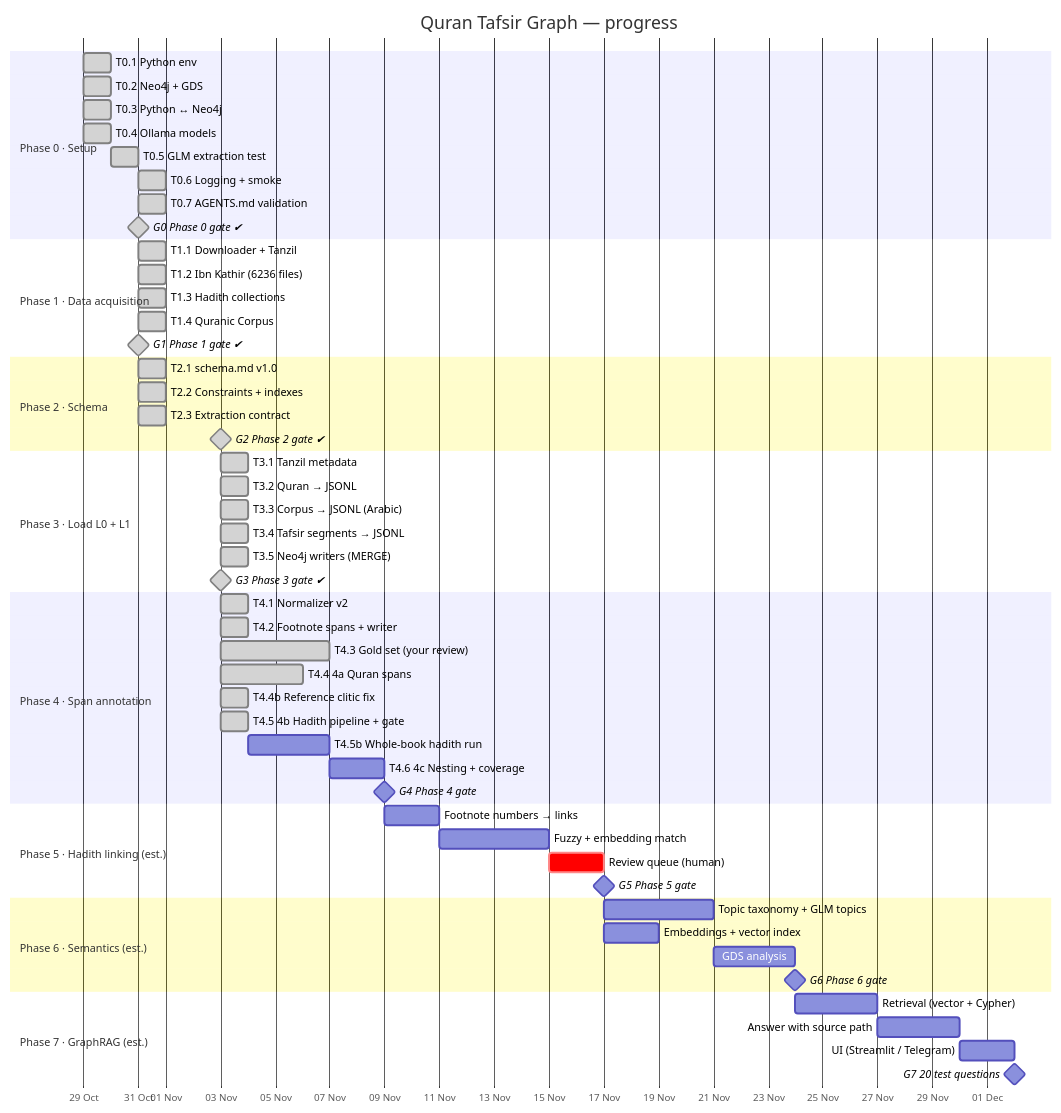
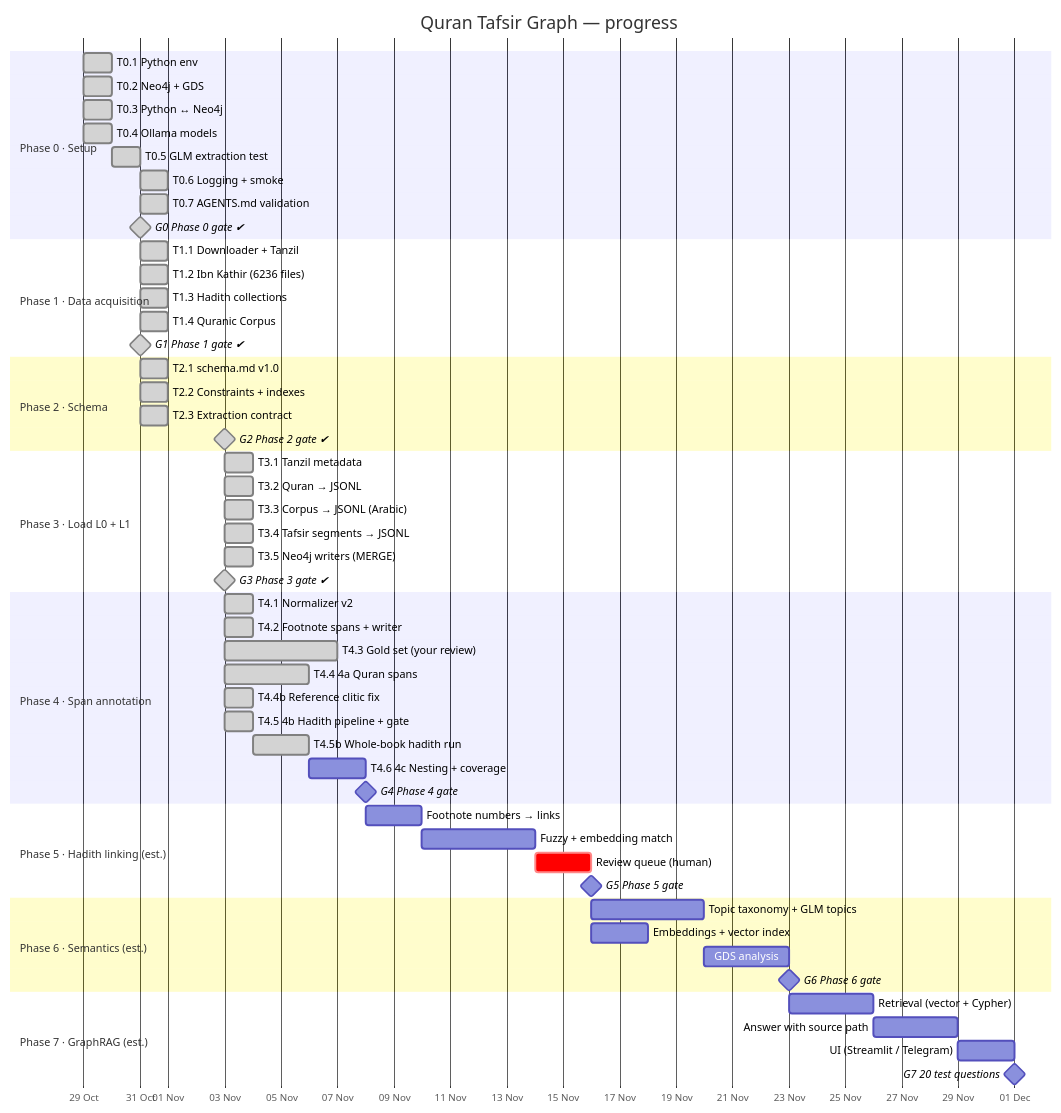
Before and after one commit to mohamed-soubhi/quran-graph: the diagram in docs/GANTT.md, drawn with Mermaid. The commit also changed other lines of this file and 1 other file, not shown here.

Commit message:
T4.5b: approved by Aya & Mohamed; whole-book raw run done (12,770 windows, 0 failed)

Claude-Session: https://claude.ai/code/session_01HtCFgjMNEDCf4YewDqZRyf

````diff
--- a/docs/GANTT.md
+++ b/docs/GANTT.md
@@ -9,67 +9,67 @@
 ```mermaid
 gantt
     title Quran Tafsir Graph — progress
     dateFormat YYYY-MM-DD
     axisFormat %d %b
     todayMarker stroke-width:3px,stroke:#d33
 
     section Phase 0 · Setup
     T0.1 Python env                 :done, t01, 2026-10-29, 1d
     T0.2 Neo4j + GDS                :done, t02, 2026-10-29, 1d
     T0.3 Python ↔ Neo4j             :done, t03, 2026-10-29, 1d
     T0.4 Ollama models              :done, t04, 2026-10-29, 1d
     T0.5 GLM extraction test        :done, t05, 2026-10-30, 1d
     T0.6 Logging + smoke            :done, t06, 2026-10-31, 1d
     T0.7 AGENTS.md validation       :done, t07, 2026-10-31, 1d
     G0 Phase 0 gate ✔               :milestone, done, g0, 2026-10-31, 0d
 
     section Phase 1 · Data acquisition
     T1.1 Downloader + Tanzil        :done, t11, 2026-10-31, 1d
     T1.2 Ibn Kathir (6236 files)    :done, t12, 2026-10-31, 1d
     T1.3 Hadith collections         :done, t13, 2026-10-31, 1d
     T1.4 Quranic Corpus            :done, t14, 2026-10-31, 1d
     G1 Phase 1 gate ✔               :milestone, done, g1, 2026-10-31, 0d
 
     section Phase 2 · Schema
     T2.1 schema.md v1.0            :done, t21, 2026-10-31, 1d
     T2.2 Constraints + indexes      :done, t22, 2026-10-31, 1d
     T2.3 Extraction contract        :done, t23, 2026-10-31, 1d
     G2 Phase 2 gate ✔               :milestone, done, g2, 2026-11-03, 0d
 
     section Phase 3 · Load L0 + L1
     T3.1 Tanzil metadata            :done, t31, 2026-11-03, 1d
     T3.2 Quran → JSONL              :done, t32, 2026-11-03, 1d
     T3.3 Corpus → JSONL (Arabic)    :done, t33, 2026-11-03, 1d
     T3.4 Tafsir segments → JSONL    :done, t34, 2026-11-03, 1d
     T3.5 Neo4j writers (MERGE)      :done, p3b, 2026-11-03, 1d
     G3 Phase 3 gate ✔               :milestone, done, g3, 2026-11-03, 0d
 
     section Phase 4 · Span annotation
     T4.1 Normalizer v2              :done, t41, 2026-11-03, 1d
     T4.2 Footnote spans + writer    :done, t42, 2026-11-03, 1d
     T4.3 Gold set (your review)     :done, t43, 2026-11-03, 4d
     T4.4 4a Quran spans             :done, t44, 2026-11-03, 3d
     T4.4b Reference clitic fix      :done, t44b, 2026-11-03, 1d
     T4.5 4b Hadith pipeline + gate  :done, t45, 2026-11-03, 1d
-    T4.5b Whole-book hadith run     :t45b, after t45, 3d
+    T4.5b Whole-book hadith run     :done, t45b, 2026-11-04, 2d
     T4.6 4c Nesting + coverage      :p4c, after t45b, 2d
     G4 Phase 4 gate                 :milestone, g4, after p4c, 0d
 
     section Phase 5 · Hadith linking (est.)
     Footnote numbers → links        :p5a, after g4, 2d
     Fuzzy + embedding match         :p5b, after p5a, 4d
     Review queue (human)            :crit, p5c, after p5b, 2d
     G5 Phase 5 gate                 :milestone, g5, after p5c, 0d
 
     section Phase 6 · Semantics (est.)
     Topic taxonomy + GLM topics     :p6a, after g5, 4d
     Embeddings + vector index       :p6b, after g5, 2d
     GDS analysis                    :p6c, after p6a, 3d
     G6 Phase 6 gate                 :milestone, g6, after p6c, 0d
 
     section Phase 7 · GraphRAG (est.)
     Retrieval (vector + Cypher)     :p7a, after g6, 3d
     Answer with source path         :p7b, after p7a, 3d
     UI (Streamlit / Telegram)       :p7c, after p7b, 2d
     G7 20 test questions            :milestone, g7, after p7c, 0d
 ```
````
